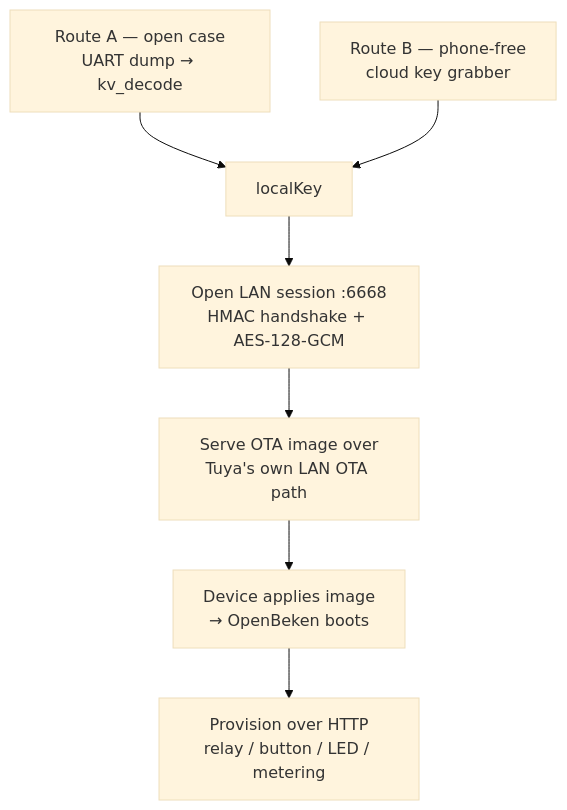
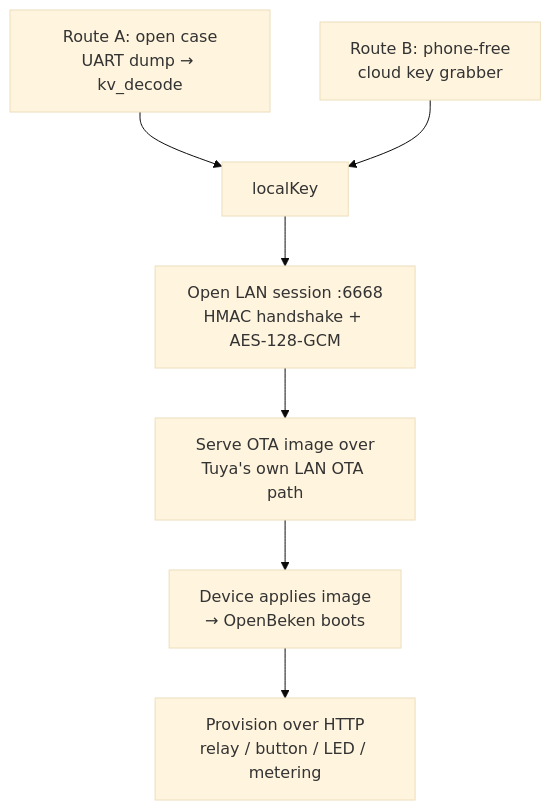
The third of 3 diagrams in ARCHITECTURE.md (wulfftech/tuya-devices-research), drawn with Mermaid (base theme) before and after one commit. The commit also changed other lines of this file and 12 other files, not shown here.

````diff
--- a/ARCHITECTURE.md
+++ b/ARCHITECTURE.md
@@ -106,11 +106,11 @@
 ```mermaid
 flowchart TB
-    A["Route A — open case<br/>UART dump → kv_decode"]
-    B["Route B — phone-free<br/>cloud key grabber"]
+    A["Route A: open case<br/>UART dump → kv_decode"]
+    B["Route B: phone-free<br/>cloud key grabber"]
     A --> LK["localKey"]
     B --> LK
     LK --> SESS["Open LAN session :6668<br/>HMAC handshake + AES-128-GCM"]
     SESS --> OTA["Serve OTA image over<br/>Tuya's own LAN OTA path"]
     OTA --> OBK["Device applies image<br/>→ OpenBeken boots"]
     OBK --> PROV["Provision over HTTP<br/>relay / button / LED / metering"]
 ```
````
